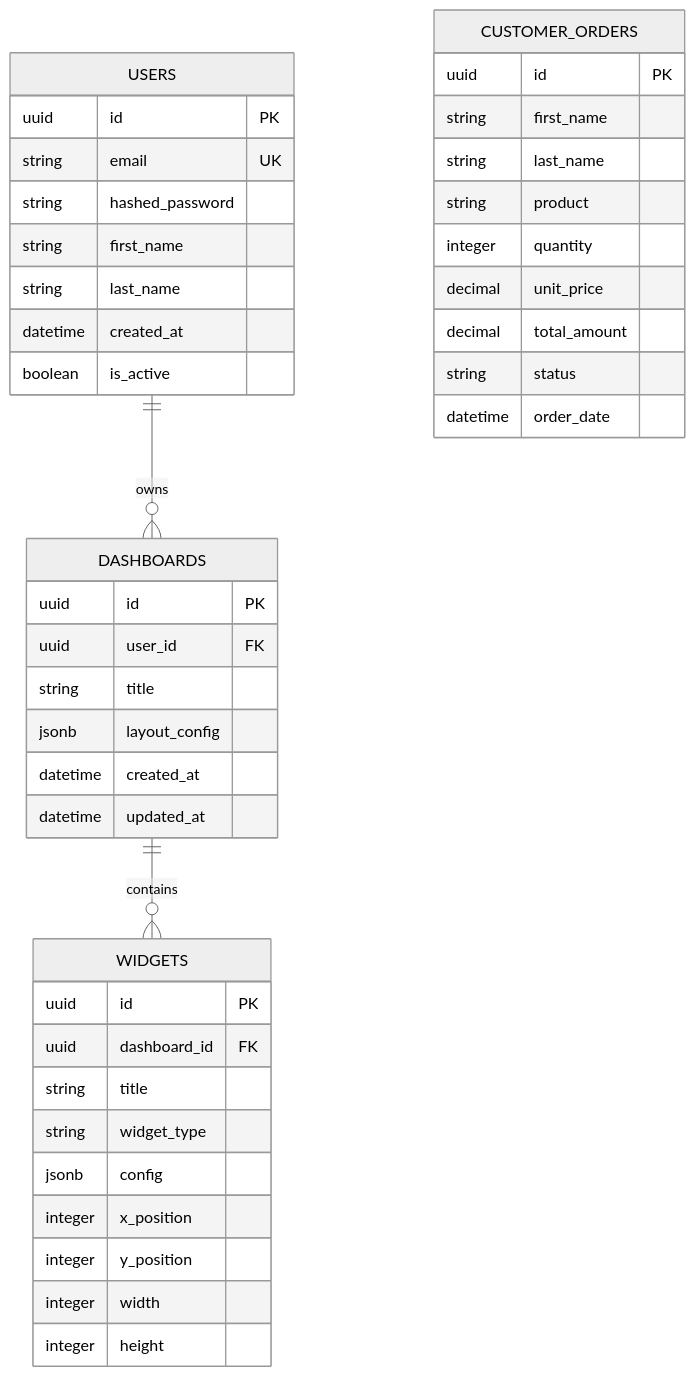
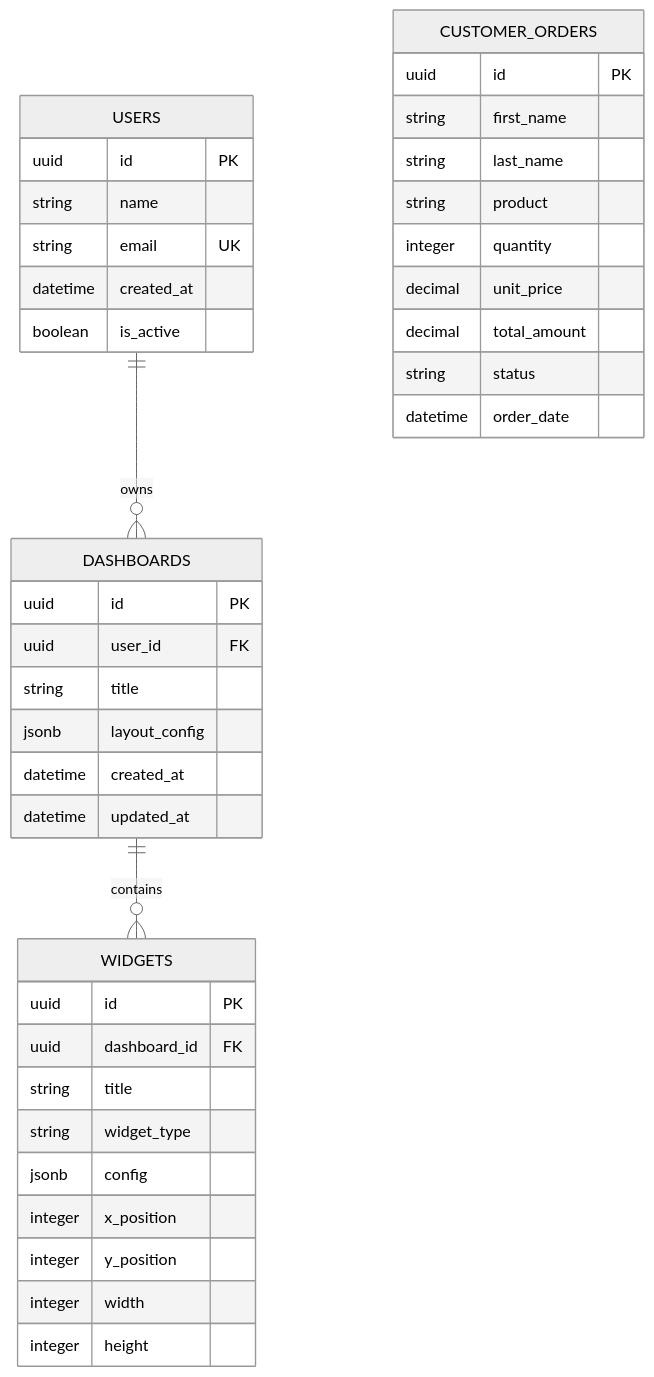
Before and after one commit to ParaniDharshan04/Custom-Dashboard-Builder: the fourth of 4 diagrams in README.md, drawn with Mermaid (neutral theme). The commit also changed other lines of this file, not shown here.

````diff
--- a/README.md
+++ b/README.md
@@ -458,44 +458,42 @@
 ```mermaid
 erDiagram
     USERS ||--o{ DASHBOARDS : owns
     DASHBOARDS ||--o{ WIDGETS : contains
     USERS {
         uuid id PK
+        string name
         string email UK
-        string hashed_password
-        string first_name
-        string last_name
         datetime created_at
         boolean is_active
     }
     DASHBOARDS {
         uuid id PK
         uuid user_id FK
         string title
         jsonb layout_config
         datetime created_at
         datetime updated_at
     }
     WIDGETS {
         uuid id PK
         uuid dashboard_id FK
         string title
         string widget_type
         jsonb config
         integer x_position
         integer y_position
         integer width
         integer height
     }
     CUSTOMER_ORDERS {
         uuid id PK
         string first_name
         string last_name
         string product
         integer quantity
         decimal unit_price
         decimal total_amount
         string status
         datetime order_date
     }
 ```
````
